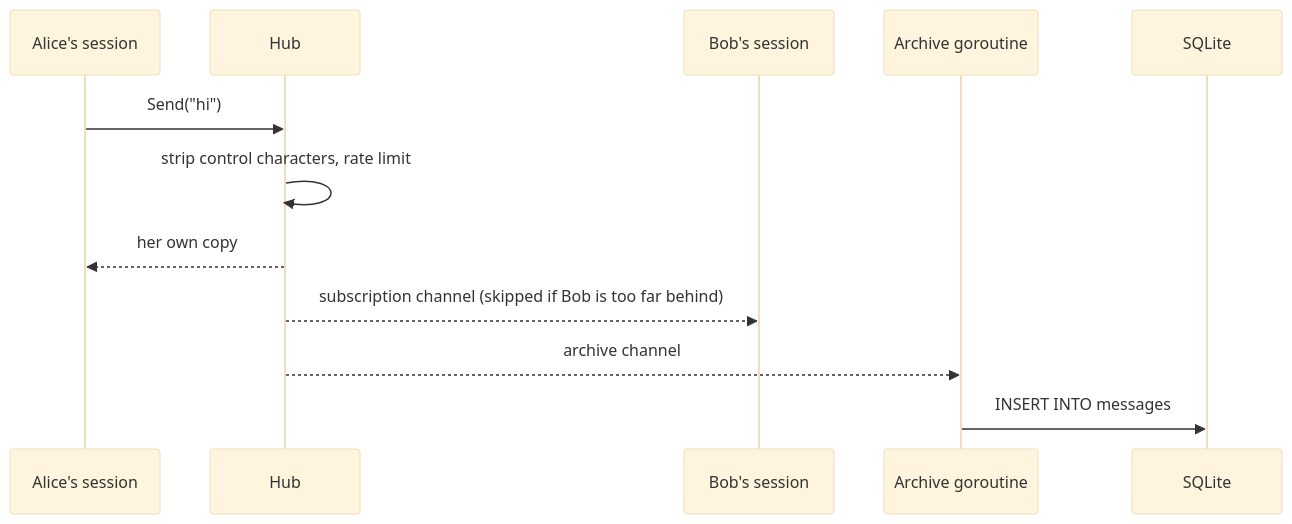
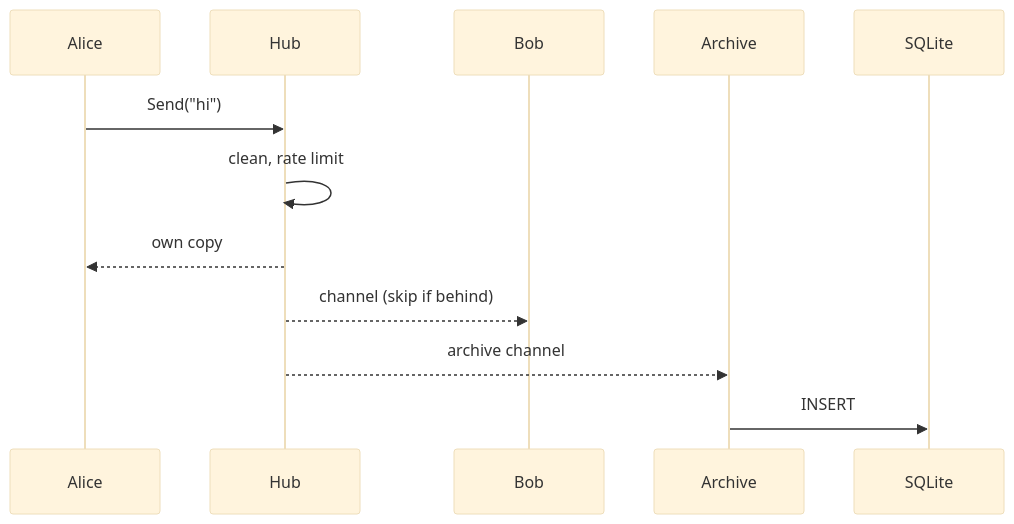
Before and after one commit to Dimitry4Now/sshhub: the second of 3 diagrams in README.md, drawn with Mermaid (base theme). The commit also changed other lines of this file, not shown here.

Commit message:
docs: narrower diagrams so GitHub's diagram buttons don't cover them

````diff
--- a/README.md
+++ b/README.md
@@ -84,14 +84,14 @@
 ```mermaid
 sequenceDiagram
-    participant A as Alice's session
+    participant A as Alice
     participant H as Hub
-    participant B as Bob's session
-    participant W as Archive goroutine
+    participant B as Bob
+    participant W as Archive
     participant D as SQLite
     A->>H: Send("hi")
-    H->>H: strip control characters, rate limit
-    H-->>A: her own copy
-    H-->>B: subscription channel (skipped if Bob is too far behind)
+    H->>H: clean, rate limit
+    H-->>A: own copy
+    H-->>B: channel (skip if behind)
     H-->>W: archive channel
-    W->>D: INSERT INTO messages
+    W->>D: INSERT
 ```
````
